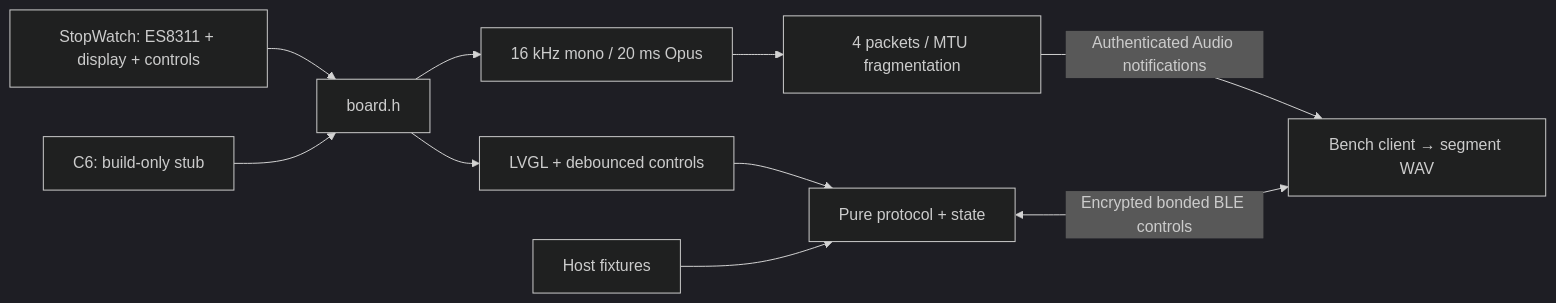
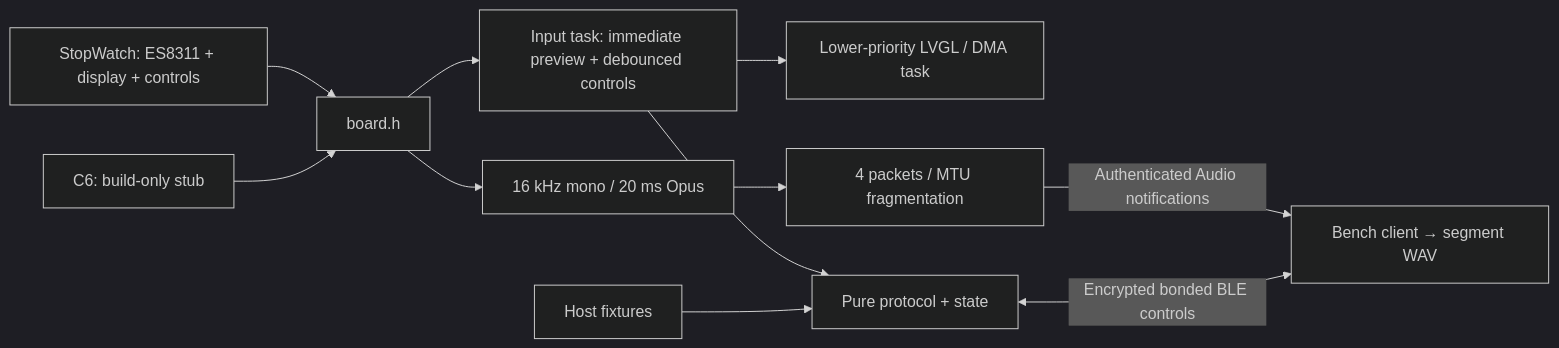
Before and after one commit to Harwasch/voiceremote: the diagram in FW/README.md, drawn with Mermaid (dark theme). The commit also changed other lines of this file and 20 other files, not shown here.

````diff
--- a/FW/README.md
+++ b/FW/README.md
@@ -3,12 +3,13 @@
 ```mermaid
 flowchart LR
     M5[StopWatch: ES8311 + display + controls] --> Board[board.h]
     C6[C6: build-only stub] --> Board
-    Board --> UI[LVGL + debounced controls]
+    Board --> UI[Input task: immediate preview + debounced controls]
+    UI --> Render[Lower-priority LVGL / DMA task]
     UI --> State[Pure protocol + state]
     Board --> Encoder[16 kHz mono / 20 ms Opus]
     Encoder --> Queue[4 packets / MTU fragmentation]
     Queue -->|Authenticated Audio notifications| Phone[Bench client → segment WAV]
     State <-->|Encrypted bonded BLE controls| Phone
     Tests[Host fixtures] --> State
 ```
````
